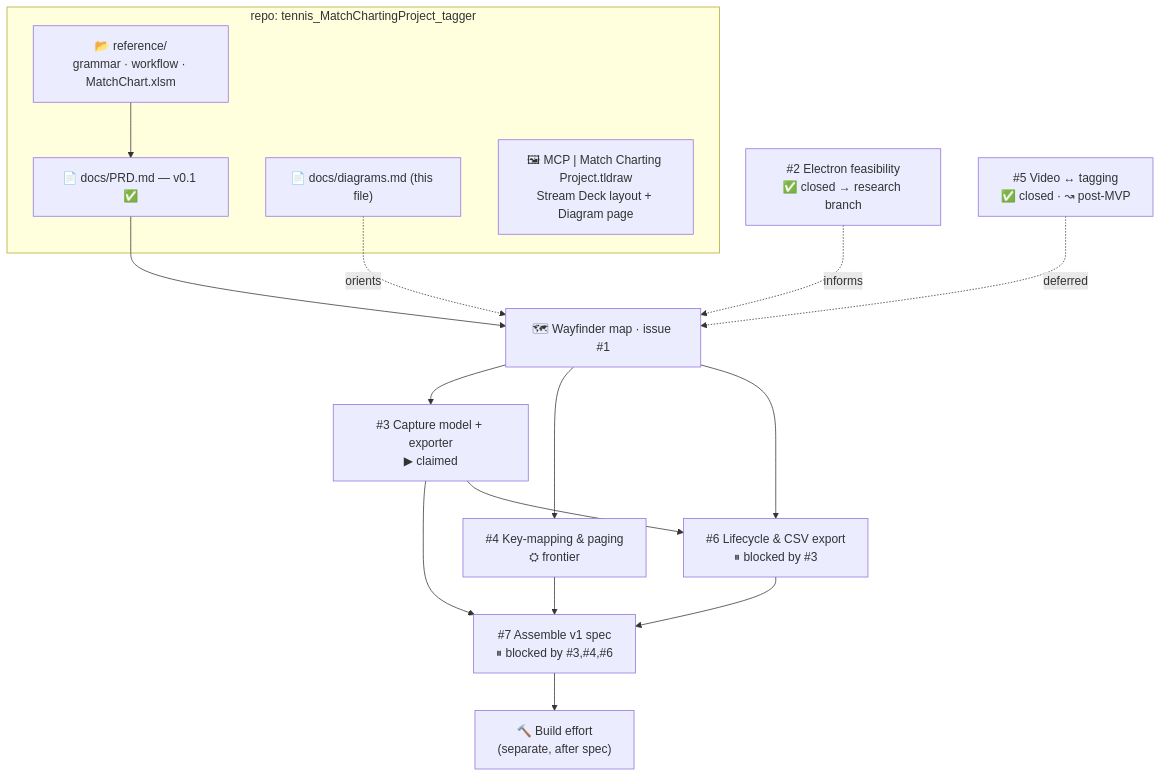
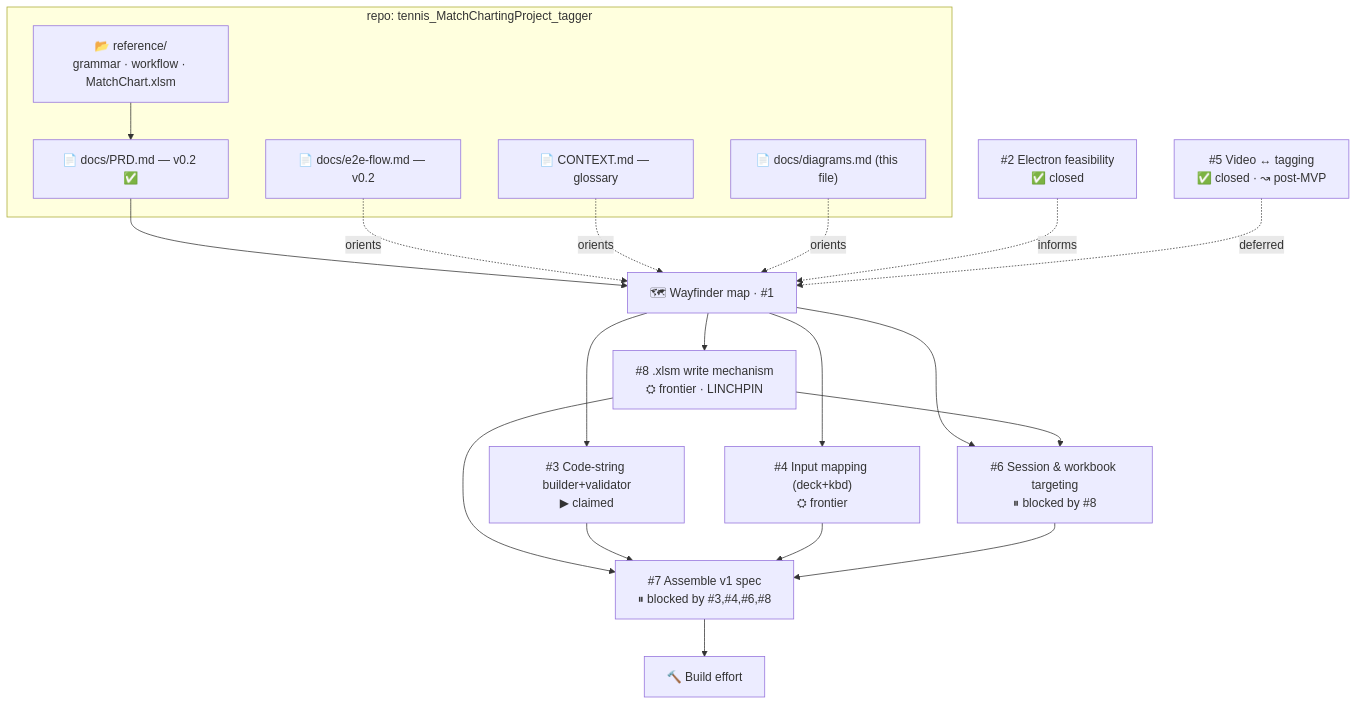
One commit to lpridpath/tennis_MatchChartingProject_tagger changed the second of 2 diagrams in docs/diagrams.md. Above: the diagram before and after it, drawn with Mermaid. The commit also changed other lines of this file and 3 other files, not shown here.

First line of the commit message:
Reframe to input-bridge model (drive the .xlsm) across all docs

````diff
--- a/docs/diagrams.md
+++ b/docs/diagrams.md
@@ -56,33 +53,37 @@
 ```mermaid
 flowchart TD
   subgraph REPO["repo: tennis_MatchChartingProject_tagger"]
     REF["📂 reference/<br/>grammar · workflow · MatchChart.xlsm"]
-    PRD["📄 docs/PRD.md — v0.1 ✅"]
+    PRD["📄 docs/PRD.md — v0.2 ✅"]
+    E2E["📄 docs/e2e-flow.md — v0.2"]
+    CTX["📄 CONTEXT.md — glossary"]
     DIAG["📄 docs/diagrams.md (this file)"]
-    TLD["🖼 MCP | Match Charting Project.tldraw<br/>Stream Deck layout + Diagram page"]
   end
 
-  MAP["🗺 Wayfinder map · issue #1"]
+  MAP["🗺 Wayfinder map · #1"]
+  R2["#2 Electron feasibility<br/>✅ closed"]
+  T8["#8 .xlsm write mechanism<br/>⛭ frontier · LINCHPIN"]
+  T3["#3 Code-string builder+validator<br/>▶ claimed"]
+  T4["#4 Input mapping (deck+kbd)<br/>⛭ frontier"]
+  T6["#6 Session & workbook targeting<br/>⏸ blocked by #8"]
+  T5["#5 Video ↔ tagging<br/>✅ closed · ↝ post-MVP"]
+  T7["#7 Assemble v1 spec<br/>⏸ blocked by #3,#4,#6,#8"]
+  BUILD["🔨 Build effort"]
 
-  R2["#2 Electron feasibility<br/>✅ closed → research branch"]
-  T3["#3 Capture model + exporter<br/>▶ claimed"]
-  T4["#4 Key-mapping & paging<br/>⛭ frontier"]
-  T6["#6 Lifecycle & CSV export<br/>⏸ blocked by #3"]
-  T5["#5 Video ↔ tagging<br/>✅ closed · ↝ post-MVP"]
-  T7["#7 Assemble v1 spec<br/>⏸ blocked by #3,#4,#6"]
-  BUILD["🔨 Build effort<br/>(separate, after spec)"]
-
-  REF --> PRD
-  PRD --> MAP
+  REF --> PRD --> MAP
+  E2E -.orients.-> MAP
+  CTX -.orients.-> MAP
   DIAG -.orients.-> MAP
+  R2 -.informs.-> MAP
+  T5 -.deferred.-> MAP
+  MAP --> T8
   MAP --> T3
   MAP --> T4
   MAP --> T6
-  R2 -.informs.-> MAP
-  T5 -.deferred.-> MAP
+  T8 --> T6
+  T8 --> T7
   T3 --> T7
   T4 --> T7
   T6 --> T7
-  T3 --> T6
   T7 --> BUILD
 ```
````
